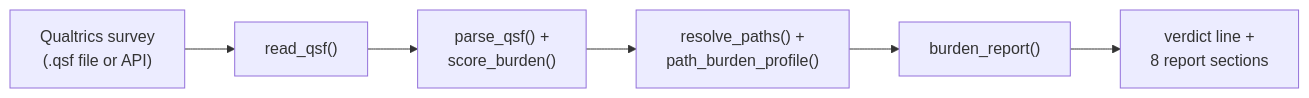
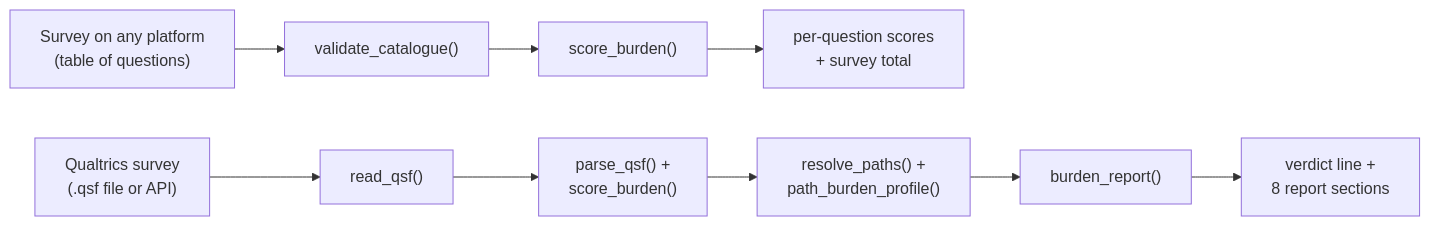
Before and after one commit to pmpk20/surveyBurden: the diagram in README.md, drawn with Mermaid. The commit also changed other lines of this file and 1 other file, not shown here.

First line of the commit message:
docs: present surveyBurden as platform-general in README and DESCRIPTION

````diff
--- a/README.md
+++ b/README.md
@@ -111,8 +134,11 @@
-```mermaid
+``` mermaid
 flowchart LR
+    any["Survey on any platform<br>(table of questions)"] --> val["validate_catalogue()"]
+    val --> sb["score_burden()"]
+    sb --> tot["per-question scores<br>+ survey total"]
     src["Qualtrics survey<br>(.qsf file or API)"] --> read["read_qsf()"]
     read --> score["parse_qsf() +<br>score_burden()"]
     score --> paths["resolve_paths() +<br>path_burden_profile()"]
     paths --> report["burden_report()"]
     report --> out["verdict line +<br>8 report sections"]
 ```
````
